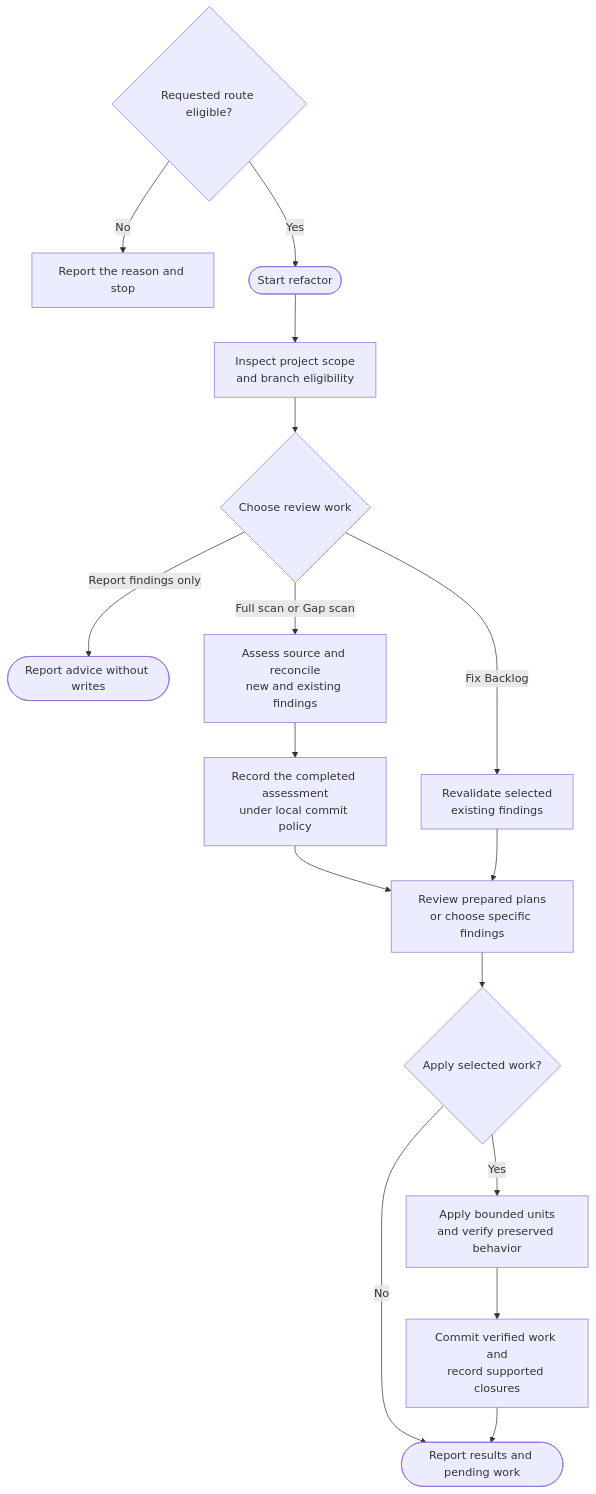
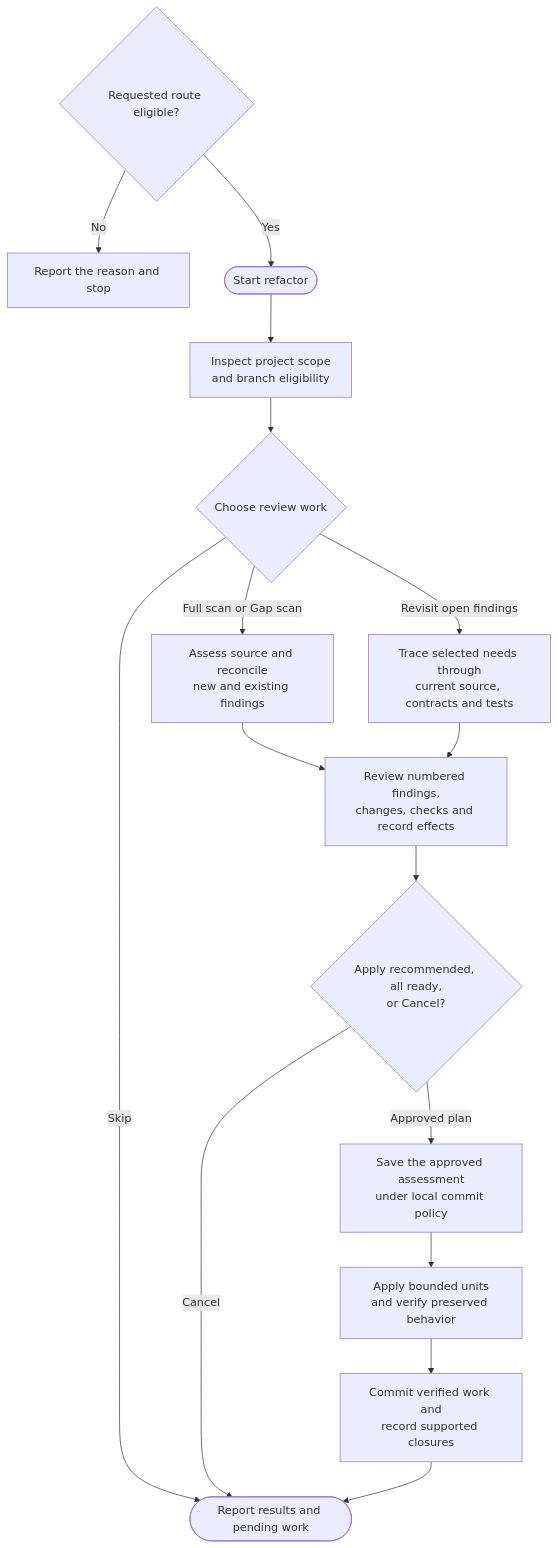
One commit to myowinthein/agent-helm changed the diagram in docs/commands/refactor/detailed.md. Above: the diagram before and after it, drawn with Mermaid. The commit also changed other lines of this file and 16 other files, not shown here.

Commit message:
docs(workflows): simplify review and apply choices

````diff
--- a/docs/commands/refactor/detailed.md
+++ b/docs/commands/refactor/detailed.md
@@ -22,18 +22,18 @@
 ```mermaid
 flowchart TD
   Entry{"Requested route eligible?"} -->|No| Blocked["Report the reason and stop"]
   Entry -->|Yes| Start
   Start(["Start refactor"]) --> Preview["Inspect project scope<br/>and branch eligibility"]
   Preview --> Route{"Choose review work"}
-  Route -->|Report findings only| Advisory(["Report advice without writes"])
   Route -->|Full scan or Gap scan| Scan["Assess source and reconcile<br/>new and existing findings"]
-  Route -->|Fix Backlog| Backlog["Revalidate selected<br/>existing findings"]
-  Scan --> Assess["Record the completed assessment<br/>under local commit policy"]
-  Assess --> Plan["Review prepared plans<br/>or choose specific findings"]
+  Route -->|Revisit open findings| Backlog["Trace selected needs through<br/>current source, contracts and tests"]
+  Route -->|Skip| Finish(["Report results and pending work"])
+  Scan --> Plan["Review numbered findings,<br/>changes, checks and record effects"]
   Backlog --> Plan
-  Plan --> Choice{"Apply selected work?"}
-  Choice -->|No| Finish(["Report results and pending work"])
-  Choice -->|Yes| Work["Apply bounded units<br/>and verify preserved behavior"]
+  Plan --> Choice{"Apply recommended, all ready,<br/>or Cancel?"}
+  Choice -->|Cancel| Finish
+  Choice -->|Approved plan| Assess["Save the approved assessment<br/>under local commit policy"]
+  Assess --> Work["Apply bounded units<br/>and verify preserved behavior"]
   Work --> Record["Commit verified work and<br/>record supported closures"]
   Record --> Finish
 ```
````
